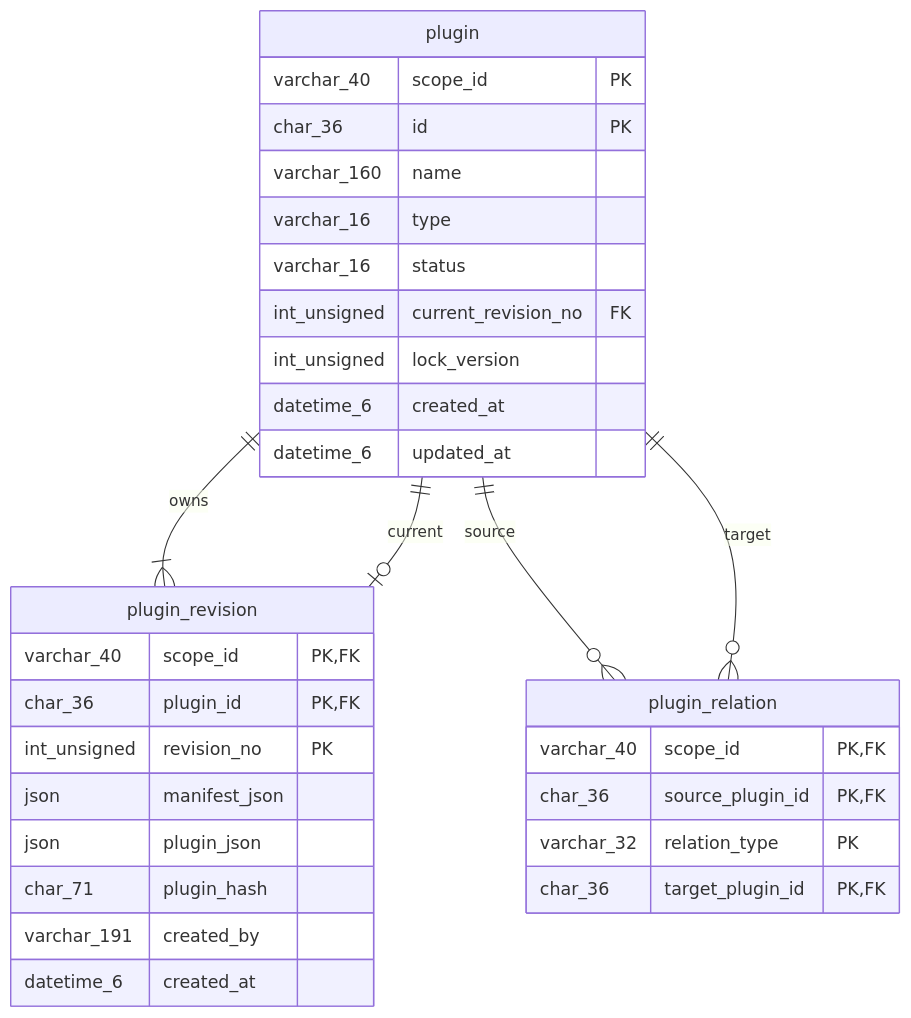
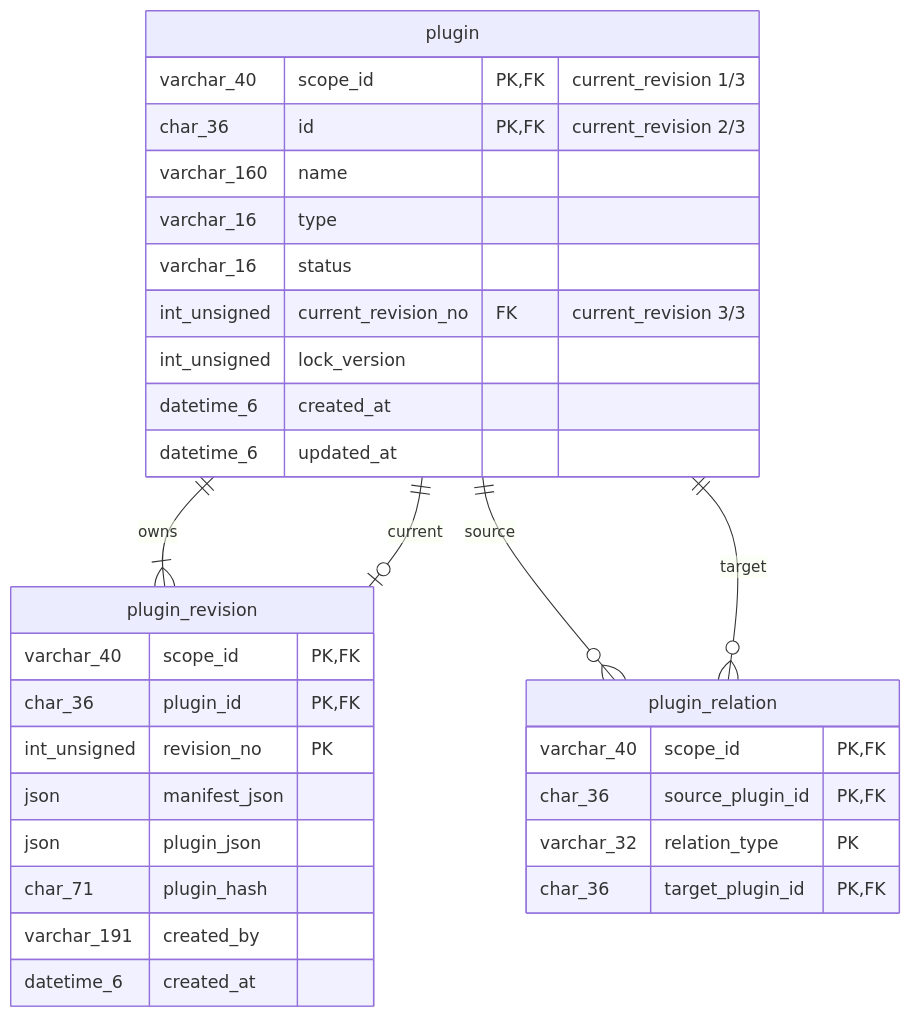
One commit to Mininglamp-OSS/octo-plugin-lib changed the diagram in docs/er.md. Above: the diagram before and after it, drawn with Mermaid. The commit also changed 8 other files, not shown here.

Commit message:
fix: make v2 schemas independently resolvable

````diff
--- a/docs/er.md
+++ b/docs/er.md
@@ -8,37 +8,37 @@
 ```mermaid
 erDiagram
     plugin ||--|{ plugin_revision : owns
     plugin ||--o| plugin_revision : current
     plugin ||--o{ plugin_relation : source
     plugin ||--o{ plugin_relation : target
 
     plugin {
-        varchar_40 scope_id PK
-        char_36 id PK
+        varchar_40 scope_id PK,FK "current_revision 1/3"
+        char_36 id PK,FK "current_revision 2/3"
         varchar_160 name
         varchar_16 type
         varchar_16 status
-        int_unsigned current_revision_no FK
+        int_unsigned current_revision_no FK "current_revision 3/3"
         int_unsigned lock_version
         datetime_6 created_at
         datetime_6 updated_at
     }
 
     plugin_revision {
         varchar_40 scope_id PK,FK
         char_36 plugin_id PK,FK
         int_unsigned revision_no PK
         json manifest_json
         json plugin_json
         char_71 plugin_hash
         varchar_191 created_by
         datetime_6 created_at
     }
 
     plugin_relation {
         varchar_40 scope_id PK,FK
         char_36 source_plugin_id PK,FK
         varchar_32 relation_type PK
         char_36 target_plugin_id PK,FK
     }
 ```
````
